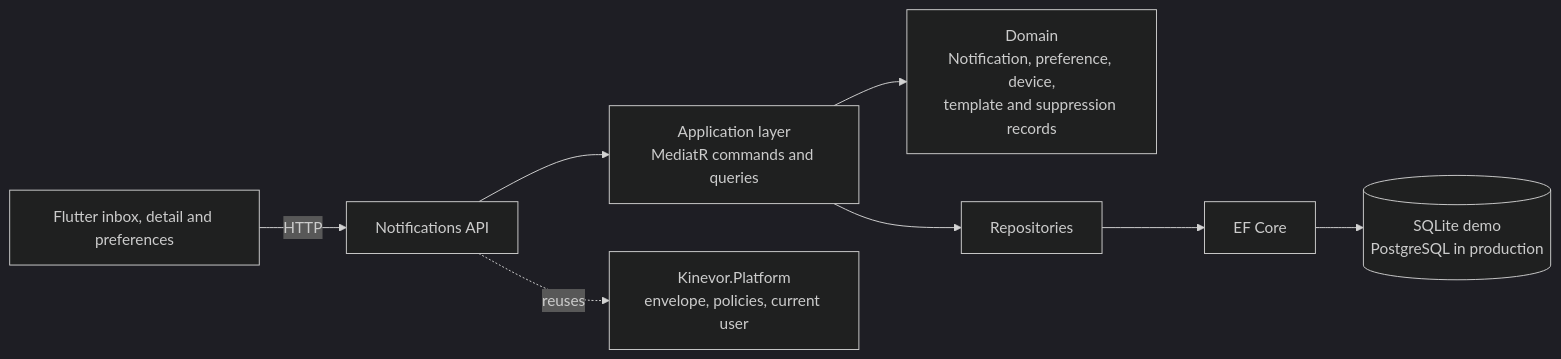
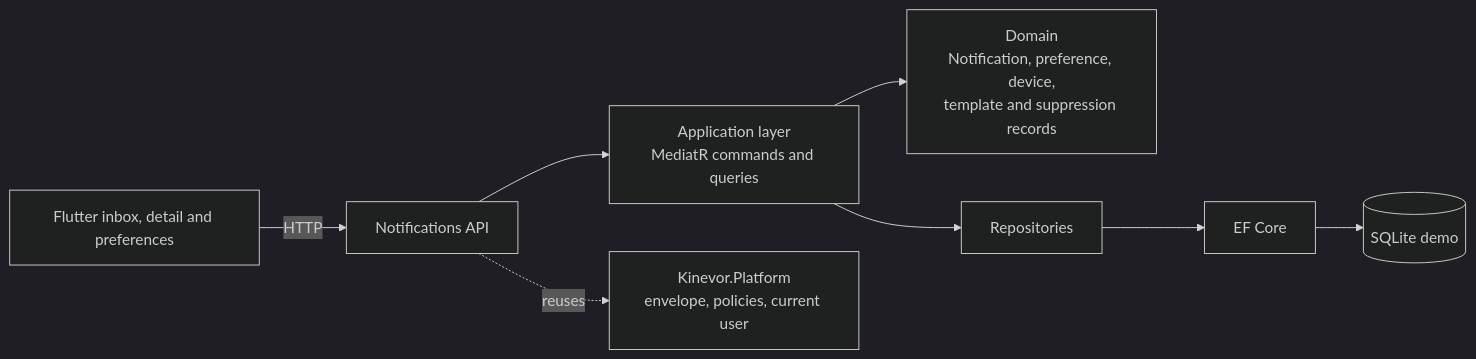
One commit to SoftwareDeveloper98/kinevor changed the diagram in kinevor-notifications/README.md. Above: the diagram before and after it, drawn with Mermaid (dark theme). The commit also changed other lines of this file and 106 other files, not shown here.

````diff
--- a/kinevor-notifications/README.md
+++ b/kinevor-notifications/README.md
@@ -37,10 +36,10 @@
 ```mermaid
 flowchart LR
     M[Flutter inbox, detail and preferences] -->|HTTP| A[Notifications API]
     A --> APP[Application layer<br/>MediatR commands and queries]
     APP --> D[Domain<br/>Notification, preference, device,<br/>template and suppression records]
     APP --> R[Repositories]
     R --> EF[EF Core]
-    EF --> DB[(SQLite demo<br/>PostgreSQL in production)]
+    EF --> DB[(SQLite demo)]
     A -.reuses.-> P[Kinevor.Platform<br/>envelope, policies, current user]
 ```
````
